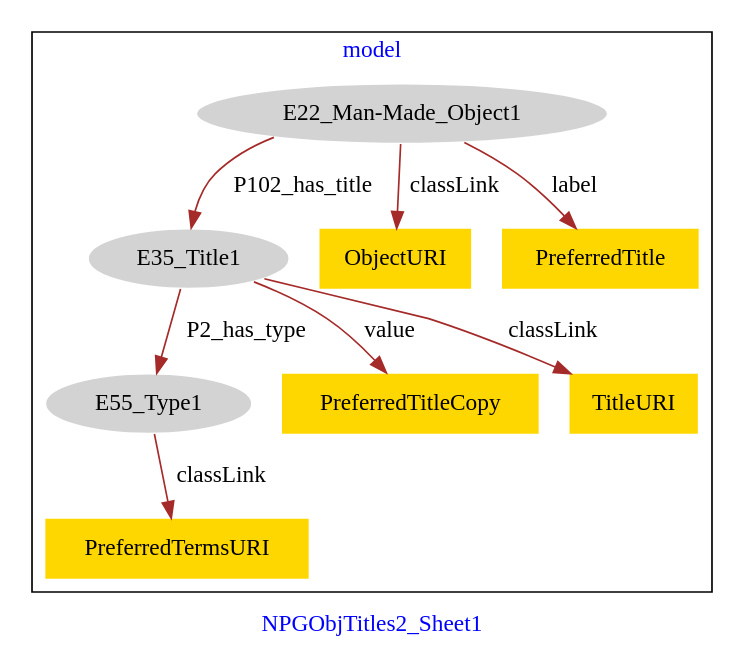
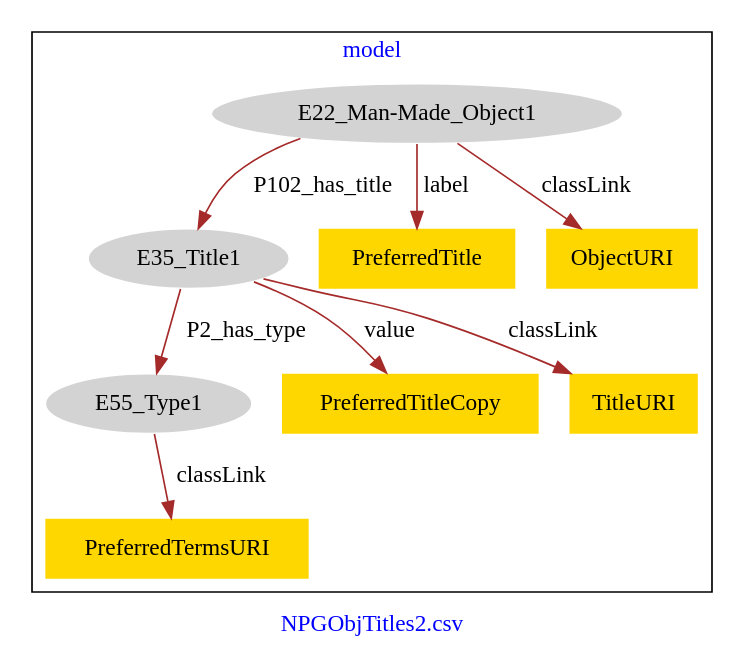
One commit to american-art/npg changed the diagram in NPGObjTitles/NPGObjTitles2-model.dot. Above: the diagram before and after it, drawn with Graphviz.

Commit message:
Update file NPGObjTitles2-model.dot

```diff
--- a/NPGObjTitles/NPGObjTitles2-model.dot
+++ b/NPGObjTitles/NPGObjTitles2-model.dot
@@ -1,23 +1,23 @@
 digraph n0 {
 fontcolor="blue"
 remincross="true"
-label="NPGObjTitles2_Sheet1"
+label="NPGObjTitles2.csv"
 subgraph cluster {
 label="model"
 n2[style="filled",color="white",fillcolor="lightgray",label="E22_Man-Made_Object1"];
 n3[style="filled",color="white",fillcolor="lightgray",label="E35_Title1"];
 n4[style="filled",color="white",fillcolor="lightgray",label="E55_Type1"];
-n5[shape="plaintext",style="filled",fillcolor="gold",label="PreferredTitleCopy"];
-n6[shape="plaintext",style="filled",fillcolor="gold",label="PreferredTermsURI"];
+n5[shape="plaintext",style="filled",fillcolor="gold",label="PreferredTitle"];
+n6[shape="plaintext",style="filled",fillcolor="gold",label="PreferredTitleCopy"];
 n7[shape="plaintext",style="filled",fillcolor="gold",label="ObjectURI"];
-n8[shape="plaintext",style="filled",fillcolor="gold",label="TitleURI"];
-n9[shape="plaintext",style="filled",fillcolor="gold",label="PreferredTitle"];
+n8[shape="plaintext",style="filled",fillcolor="gold",label="PreferredTermsURI"];
+n9[shape="plaintext",style="filled",fillcolor="gold",label="TitleURI"];
 }
 n2 -> n3[color="brown",fontcolor="black",label="P102_has_title"]
 n3 -> n4[color="brown",fontcolor="black",label="P2_has_type"]
-n3 -> n5[color="brown",fontcolor="black",label="value"]
-n4 -> n6[color="brown",fontcolor="black",label="classLink"]
+n2 -> n5[color="brown",fontcolor="black",label="label"]
+n3 -> n6[color="brown",fontcolor="black",label="value"]
 n2 -> n7[color="brown",fontcolor="black",label="classLink"]
-n3 -> n8[color="brown",fontcolor="black",label="classLink"]
-n2 -> n9[color="brown",fontcolor="black",label="label"]
+n4 -> n8[color="brown",fontcolor="black",label="classLink"]
+n3 -> n9[color="brown",fontcolor="black",label="classLink"]
 }
```
